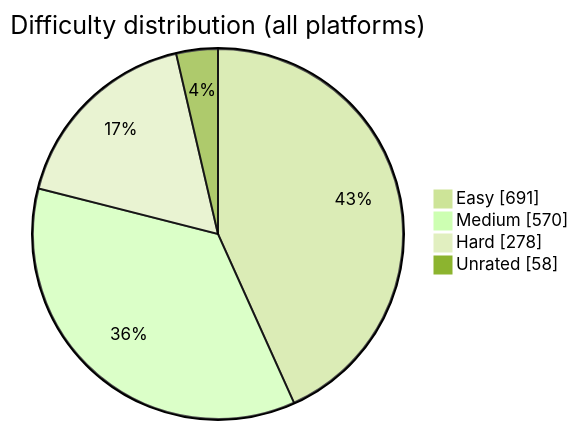
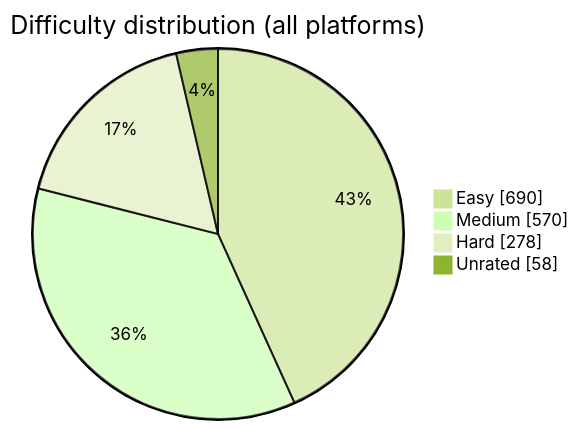
The diagram in README.md (BuildbyArindam/Daily-Coding-Log), drawn with Mermaid (forest theme) before and after one commit. The commit also changed other lines of this file, not shown here.

````diff
--- a/README.md
+++ b/README.md
@@ -93,7 +93,7 @@
 ```mermaid
 pie showData title Difficulty distribution (all platforms)
-    "Easy" : 691
+    "Easy" : 690
     "Medium" : 570
     "Hard" : 278
     "Unrated" : 58
 ```
````
